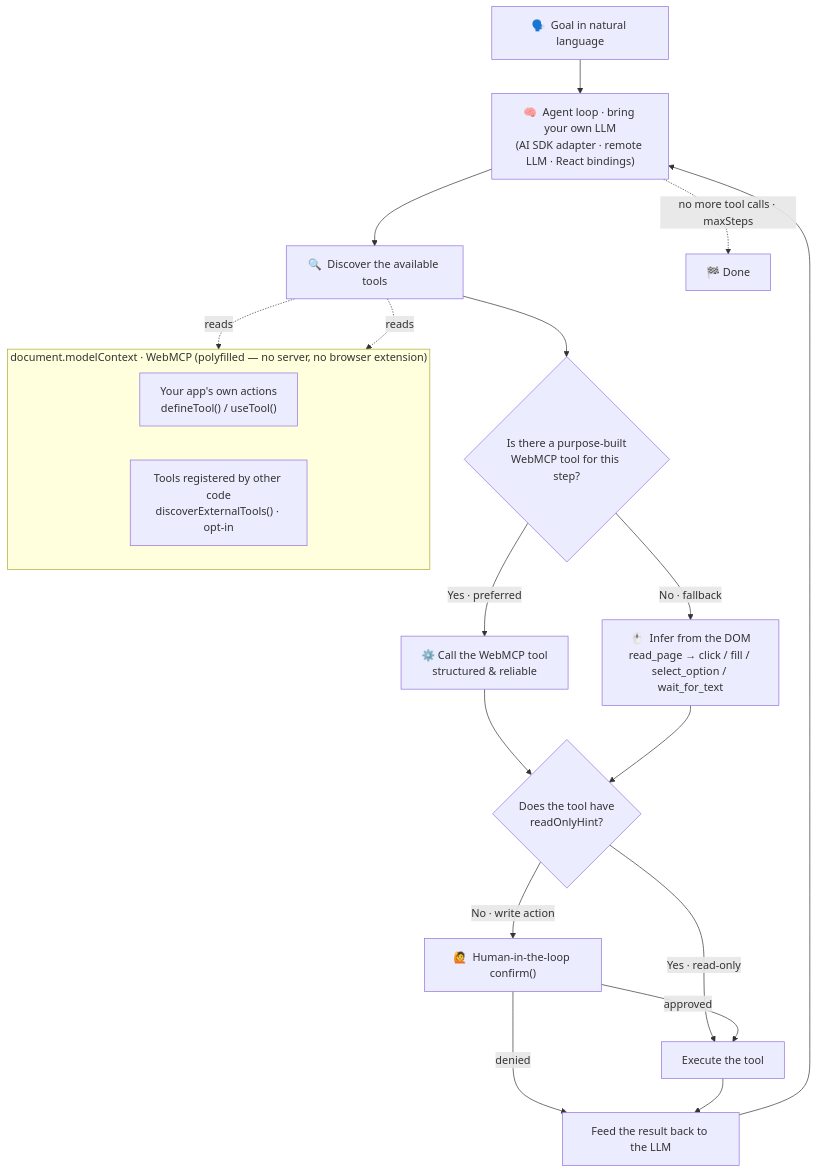
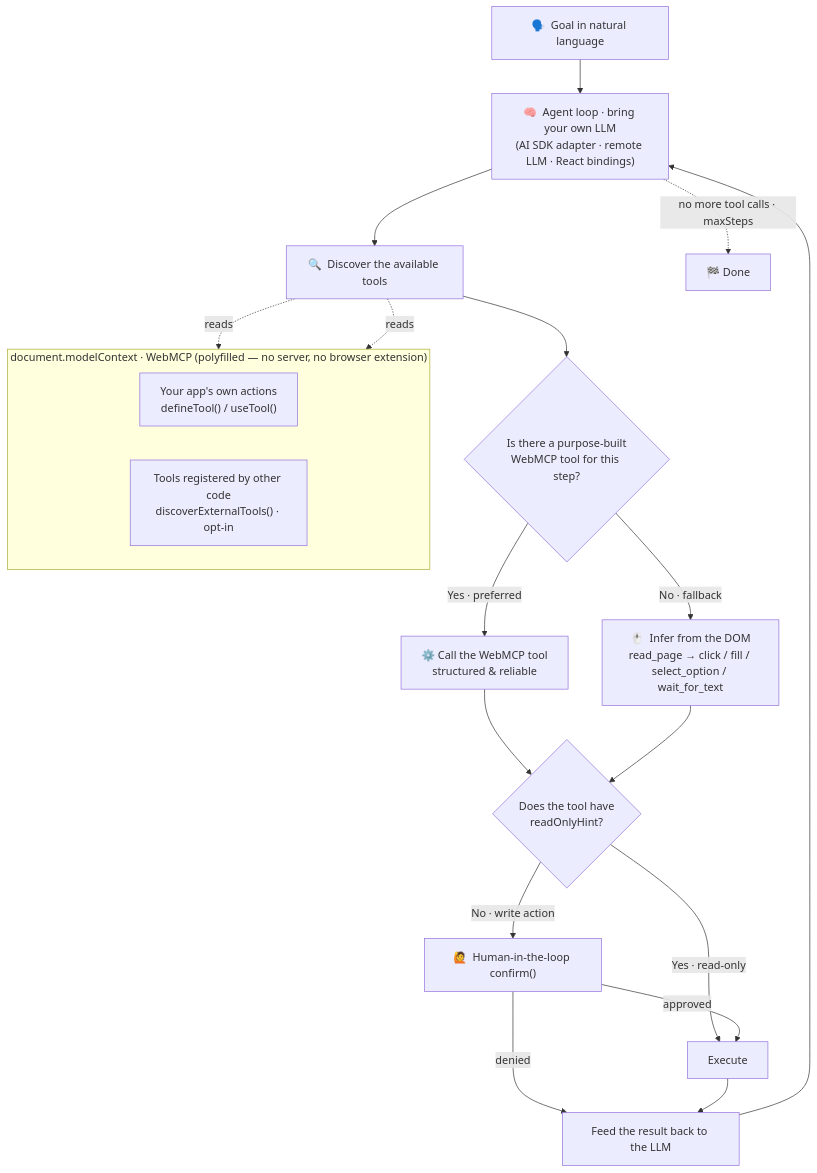
One commit to aralroca/gui-agent changed the diagram in README.md. Above: the diagram before and after it, drawn with Mermaid.

````diff
--- a/README.md
+++ b/README.md
@@ -104,25 +104,25 @@
 ```mermaid
 flowchart TD
     Goal["🗣️  Goal in natural language"] --> Loop["🧠  Agent loop · bring your own LLM<br/>(AI SDK adapter · remote LLM · React bindings)"]
     Loop --> Discover["🔍  Discover the available tools"]
     Discover --> Decide{"Is there a purpose-built<br/>WebMCP tool for this step?"}
     Decide -- "Yes · preferred" --> WebMCP["⚙️  Call the WebMCP tool<br/>structured &amp; reliable"]
     Decide -- "No · fallback" --> DOM["🖱️  Infer from the DOM<br/>read_page → click / fill / select_option / wait_for_text"]
     WebMCP --> Gate{"Does the tool have<br/>readOnlyHint?"}
     DOM --> Gate
     Gate -- "No · write action" --> Confirm["🙋  Human-in-the-loop confirm()"]
-    Gate -- "Yes · read-only" --> Run["Execute the tool"]
+    Gate -- "Yes · read-only" --> Run["Execute"]
     Confirm -- "approved" --> Run
     Confirm -- "denied" --> Feed
     Run --> Feed["Feed the result back to the LLM"]
     Feed --> Loop
     Loop -. "no more tool calls · maxSteps" .-> Done["🏁  Done"]
 
     subgraph MC["document.modelContext · WebMCP (polyfilled — no server, no browser extension)"]
       direction LR
       App["Your app's own actions<br/>defineTool() / useTool()"]
       Ext["Tools registered by other code<br/>discoverExternalTools() · opt-in"]
     end
     Discover -. reads .-> App
     Discover -. reads .-> Ext
 ```
````
